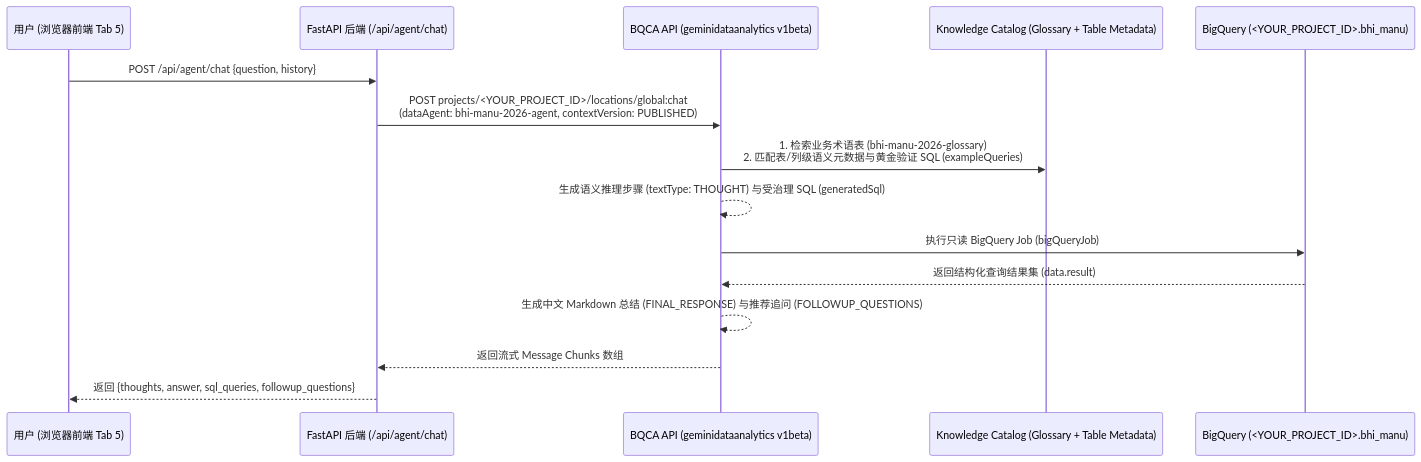
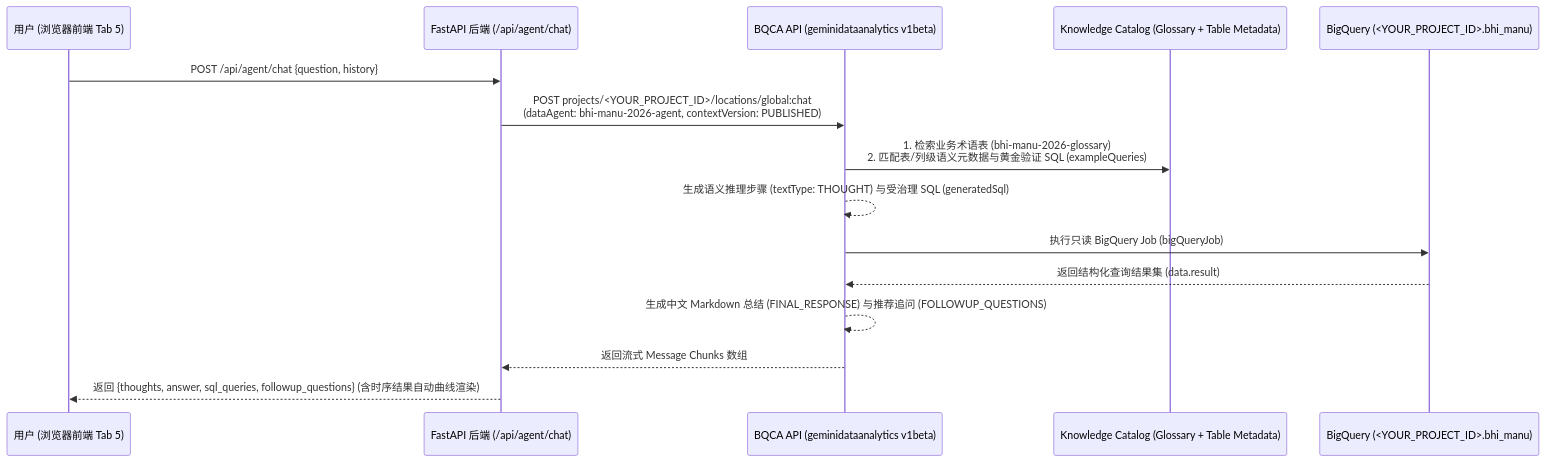
Before and after one commit to cliucn/manu-bhi: the second of 3 diagrams in SDD_cn.md, drawn with Mermaid. The commit also changed other lines of this file and 6 other files, not shown here.

Commit message:
feat(v1.12.0): add GCP project-level MRR & DRR curve tables, workbench, and inline AI chart rendering

````diff
--- a/SDD_cn.md
+++ b/SDD_cn.md
@@ -180,18 +185,18 @@
 ```mermaid
 sequenceDiagram
     participant U as 用户 (浏览器前端 Tab 5)
     participant F as FastAPI 后端 (/api/agent/chat)
     participant B as BQCA API (geminidataanalytics v1beta)
     participant K as Knowledge Catalog (Glossary + Table Metadata)
     participant Q as BigQuery (<YOUR_PROJECT_ID>.bhi_manu)
 
     U->>F: POST /api/agent/chat {question, history}
     F->>B: POST projects/<YOUR_PROJECT_ID>/locations/global:chat<br/>(dataAgent: bhi-manu-2026-agent, contextVersion: PUBLISHED)
     B->>K: 1. 检索业务术语表 (bhi-manu-2026-glossary)<br/>2. 匹配表/列级语义元数据与黄金验证 SQL (exampleQueries)
     B-->>B: 生成语义推理步骤 (textType: THOUGHT) 与受治理 SQL (generatedSql)
     B->>Q: 执行只读 BigQuery Job (bigQueryJob)
     Q-->>B: 返回结构化查询结果集 (data.result)
     B-->>B: 生成中文 Markdown 总结 (FINAL_RESPONSE) 与推荐追问 (FOLLOWUP_QUESTIONS)
     B-->>F: 返回流式 Message Chunks 数组
-    F-->>U: 返回 {thoughts, answer, sql_queries, followup_questions}
+    F-->>U: 返回 {thoughts, answer, sql_queries, followup_questions} (含时序结果自动曲线渲染)
 ```
````
